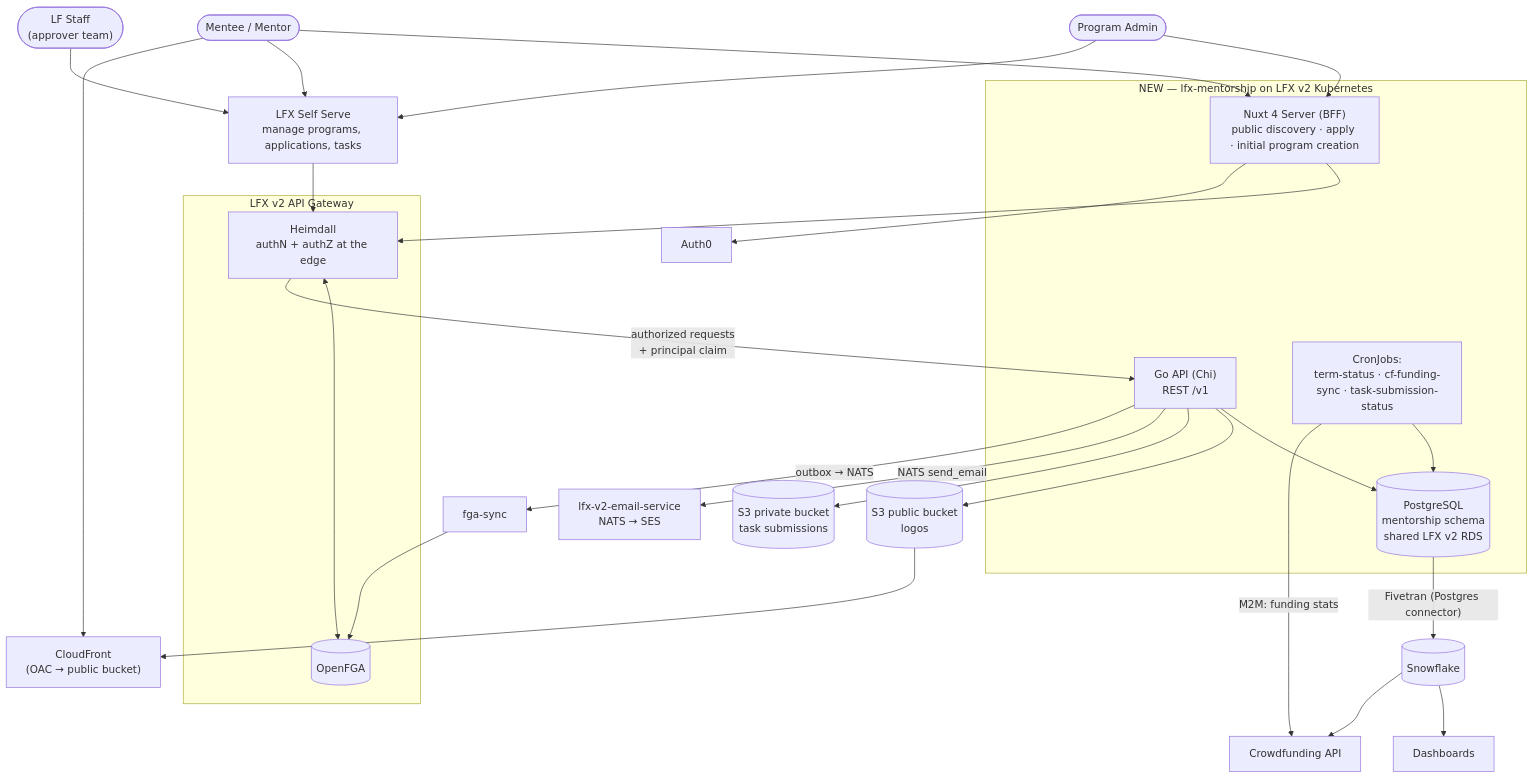
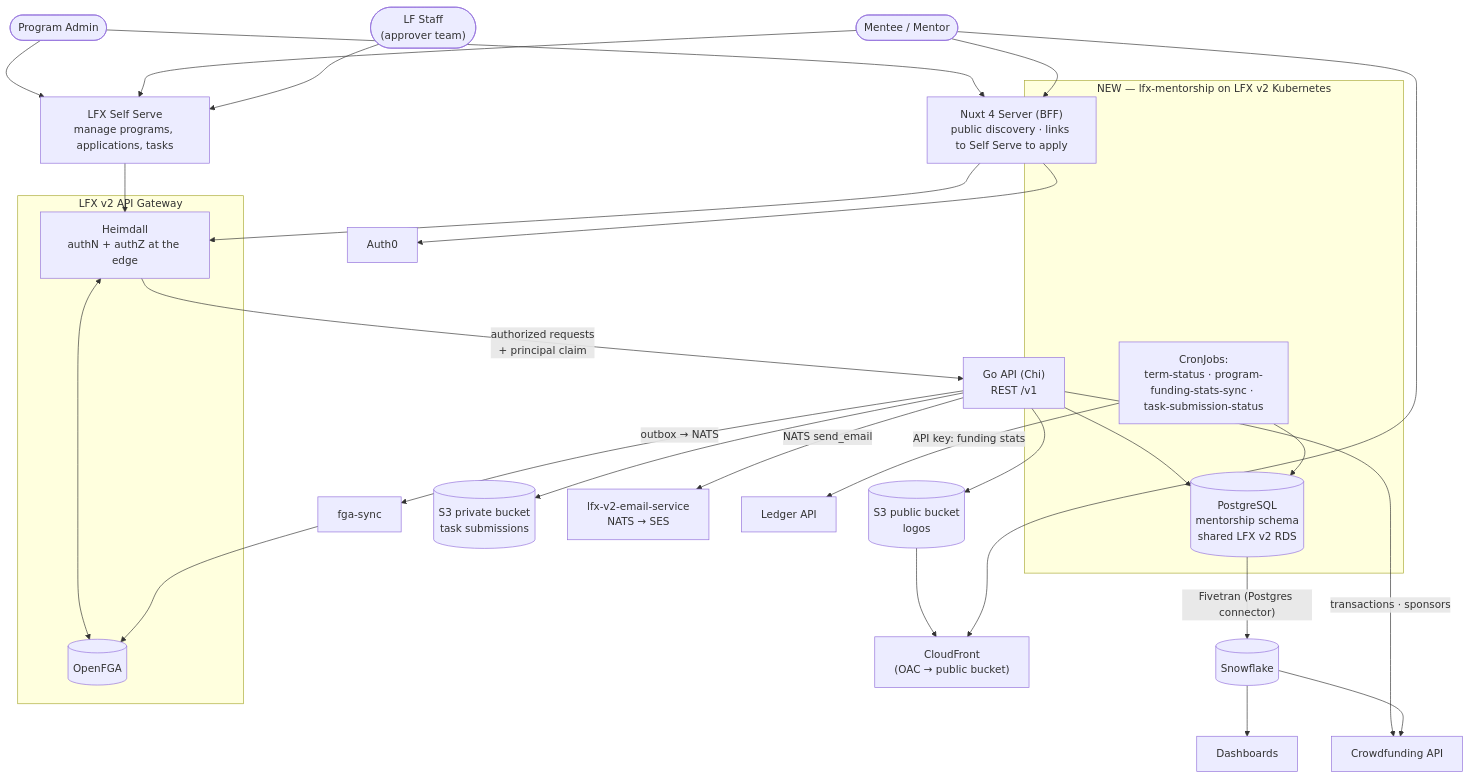
Before and after one commit to linuxfoundation/lfx-mentorship: the first of 2 diagrams in docs/rewrite/02-target-architecture.md, drawn with Mermaid. The commit also changed other lines of this file and 1 other file, not shown here.

First line of the commit message:
docs(rewrite): align 02 and 03 with the funding sync and the frontend split

````diff
--- a/docs/rewrite/02-target-architecture.md
+++ b/docs/rewrite/02-target-architecture.md
@@ -22,50 +22,52 @@
 ```mermaid
 flowchart TB
     ADMIN(["Program Admin"])
     USERS(["Mentee / Mentor"])
     SUPER(["LF Staff<br/>(approver team)"])
 
     subgraph GW["LFX v2 API Gateway"]
         HEIMDALL["Heimdall<br/>authN + authZ at the edge"]
         FGA[("OpenFGA")]
     end
 
     subgraph K8S["NEW — lfx-mentorship on LFX v2 Kubernetes"]
-        NUXT["Nuxt 4 Server (BFF)<br/>public discovery · apply · initial program creation"]
+        NUXT["Nuxt 4 Server (BFF)<br/>public discovery · links to Self Serve to apply"]
         API["Go API (Chi)<br/>REST /v1"]
         PG[("PostgreSQL<br/>mentorship schema<br/>shared LFX v2 RDS")]
-        CRONS["CronJobs:<br/>term-status · cf-funding-sync · task-submission-status"]
+        CRONS["CronJobs:<br/>term-status · program-funding-stats-sync · task-submission-status"]
     end
 
     SS["LFX Self Serve<br/>manage programs, applications, tasks"]
     SYNC["fga-sync"]
     AUTH0["Auth0"]
     S3PUB[("S3 public bucket<br/>logos")]
     S3PRIV[("S3 private bucket<br/>task submissions")]
     CDN["CloudFront<br/>(OAC → public bucket)"]
     EMAIL["lfx-v2-email-service<br/>NATS → SES"]
     CFAPI["Crowdfunding API"]
+    LEDGER["Ledger API"]
     SF[("Snowflake")]
     DASH["Dashboards"]
 
     ADMIN & USERS --> NUXT
     ADMIN & USERS & SUPER --> SS
     NUXT --> HEIMDALL
     SS --> HEIMDALL
     HEIMDALL <--> FGA
     HEIMDALL -- "authorized requests<br/>+ principal claim" --> API
     NUXT --> AUTH0
     API --> PG
     API --> S3PUB
     API --> S3PRIV
     S3PUB --> CDN
     USERS --> CDN
     API -- "NATS send_email" --> EMAIL
     API -- "outbox → NATS" --> SYNC
     SYNC --> FGA
     CRONS --> PG
-    CRONS -- "M2M: funding stats" --> CFAPI
+    CRONS -- "API key: funding stats" --> LEDGER
+    API -- "transactions · sponsors" --> CFAPI
     PG -- "Fivetran (Postgres connector)" --> SF
     SF --> DASH
     SF --> CFAPI
 ```
````
